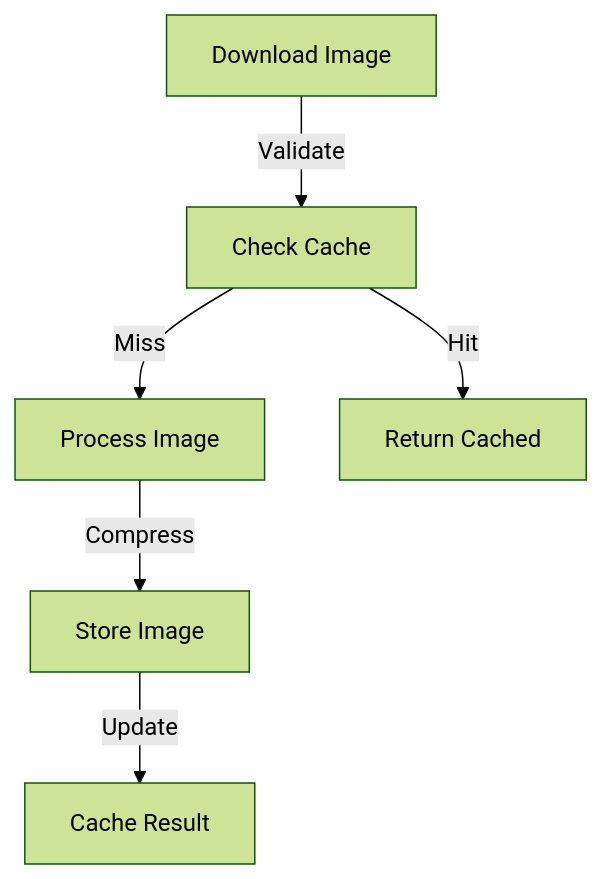
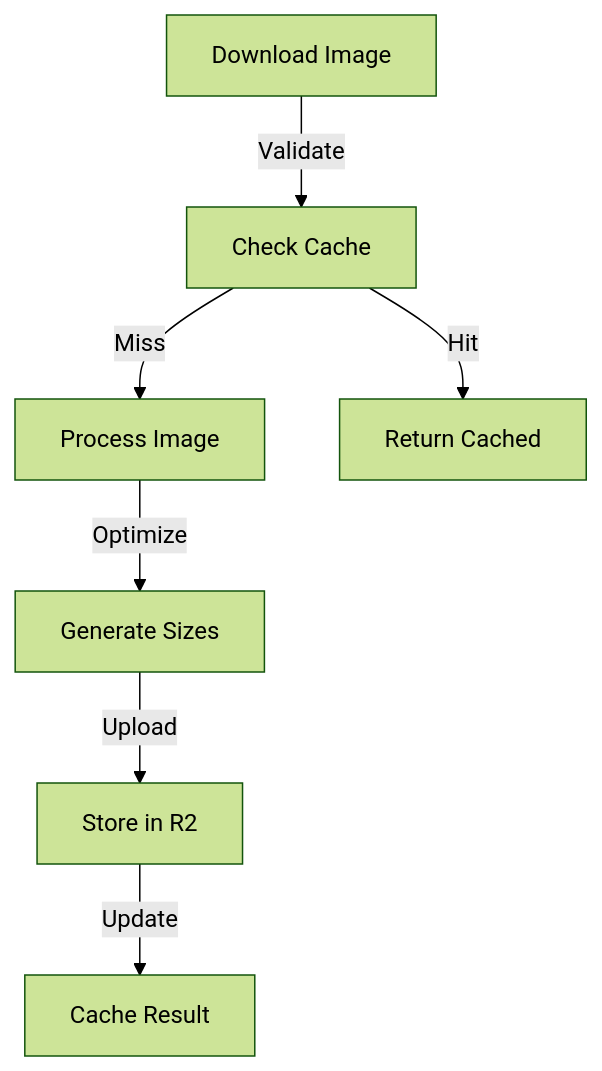
The second of 2 diagrams in docs/architecture.md (mrw1986/fftcg-sync-service), drawn with Mermaid (forest theme) before and after one commit. The commit also changed other lines of this file and 4 other files, not shown here.

````diff
--- a/docs/architecture.md
+++ b/docs/architecture.md
@@ -201,8 +247,9 @@
 ```mermaid
 graph TD
     A[Download Image] -->|Validate| B[Check Cache]
     B -->|Miss| C[Process Image]
-    C -->|Compress| D[Store Image]
-    D -->|Update| E[Cache Result]
-    B -->|Hit| F[Return Cached]
+    C -->|Optimize| D[Generate Sizes]
+    D -->|Upload| E[Store in R2]
+    E -->|Update| F[Cache Result]
+    B -->|Hit| G[Return Cached]
 ```
````
